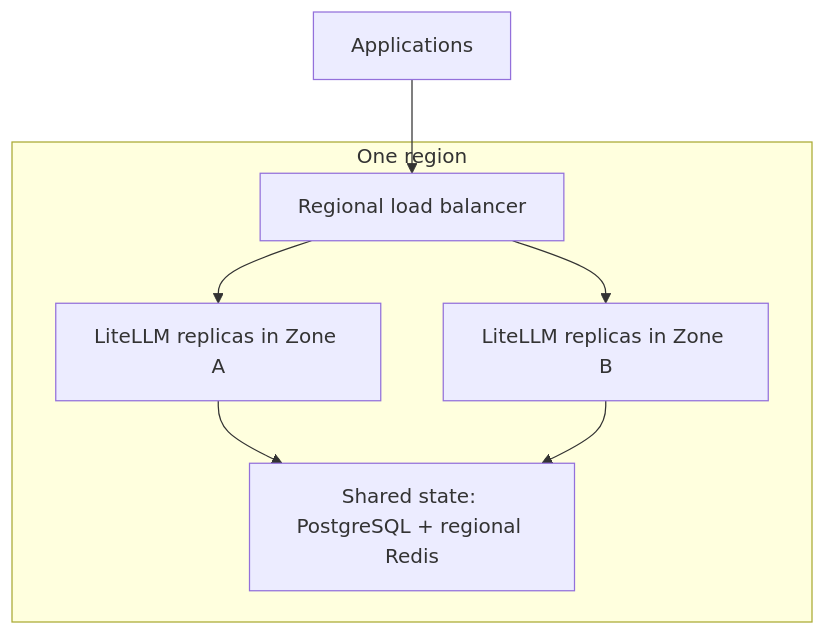
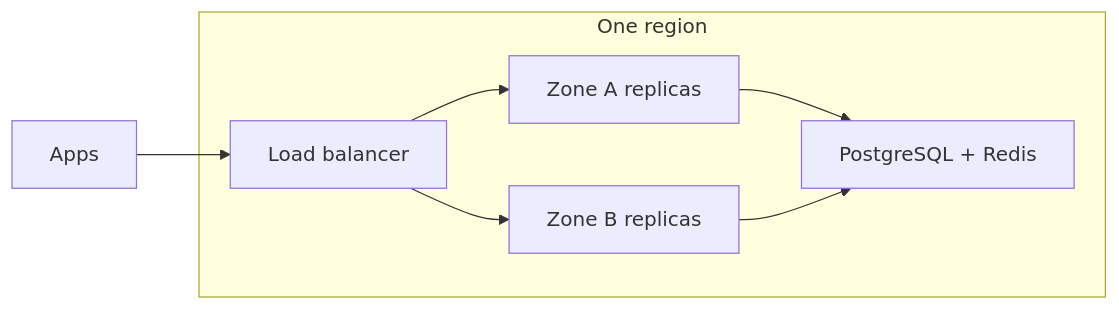
The diagram in docs/proxy/deploy/ha/overview.md (BerriAI/litellm-docs), drawn with Mermaid before and after one commit. The commit also changed 12 other files, not shown here.

Commit message:
docs: compact architecture diagrams for laptop viewing

````diff
--- a/docs/proxy/deploy/ha/overview.md
+++ b/docs/proxy/deploy/ha/overview.md
@@ -23,10 +23,10 @@
 ```mermaid
-flowchart TB
-    Client[Applications] --> Ingress[Regional load balancer]
+flowchart LR
+    Client[Apps] --> Ingress[Load balancer]
     subgraph Region[One region]
-        Ingress --> A[LiteLLM replicas in Zone A]
-        Ingress --> B[LiteLLM replicas in Zone B]
-        A --> State[Shared state: PostgreSQL + regional Redis]
+        Ingress --> A[Zone A replicas]
+        Ingress --> B[Zone B replicas]
+        A --> State[PostgreSQL + Redis]
         B --> State
     end
 ```
````
